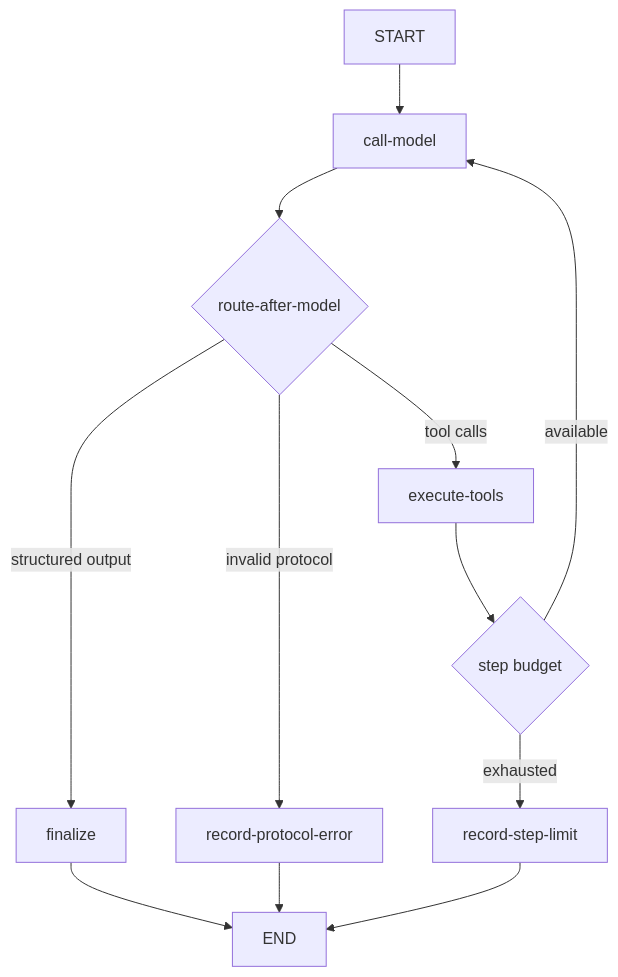
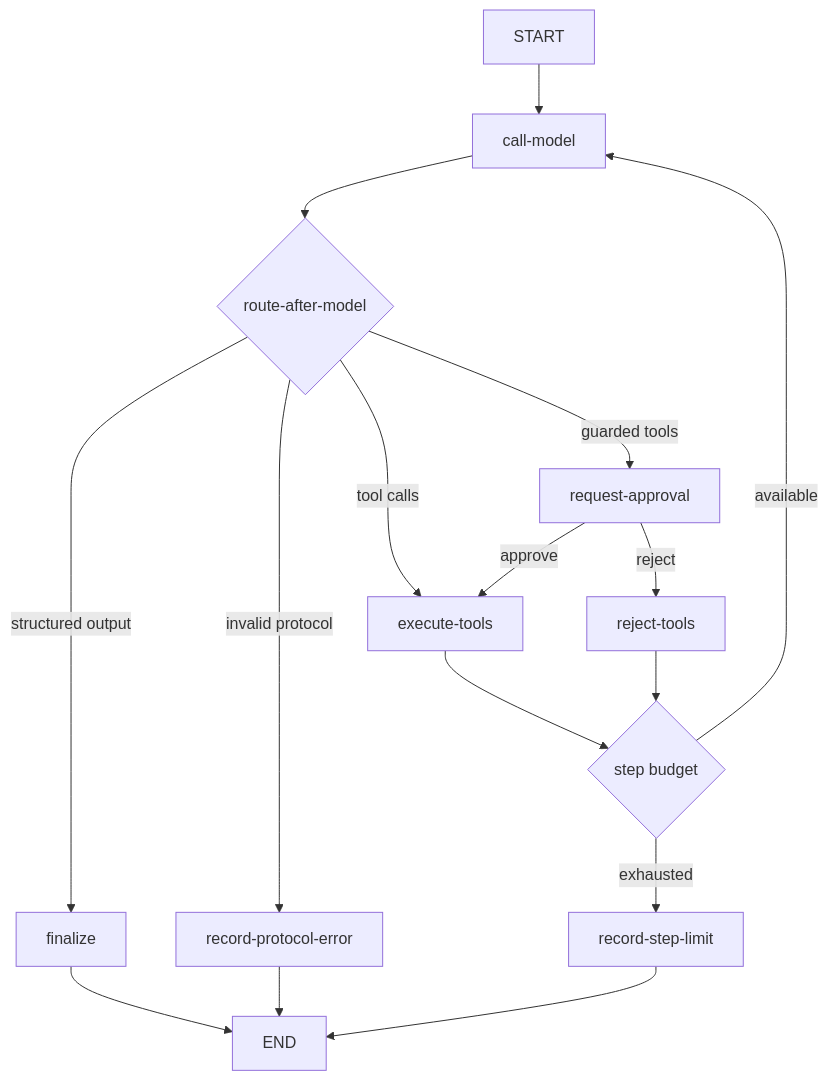
The second of 4 diagrams in README.md (sarreche/boio-agents-lab), drawn with Mermaid before and after one commit. The commit also changed other lines of this file and 29 other files, not shown here.

````diff
--- a/README.md
+++ b/README.md
@@ -120,14 +129,18 @@
 ```mermaid
 flowchart TD
     START --> CallModel[call-model]
     CallModel --> Route{route-after-model}
     Route -->|tool calls| ExecuteTools[execute-tools]
+    Route -->|guarded tools| Approval[request-approval]
+    Approval -->|approve| ExecuteTools
+    Approval -->|reject| RejectTools[reject-tools]
     Route -->|structured output| Finalize[finalize]
     Route -->|invalid protocol| Protocol[record-protocol-error]
     ExecuteTools --> Budget{step budget}
+    RejectTools --> Budget
     Budget -->|available| CallModel
     Budget -->|exhausted| Limit[record-step-limit]
     Finalize --> END
     Protocol --> END
     Limit --> END
 ```
````
